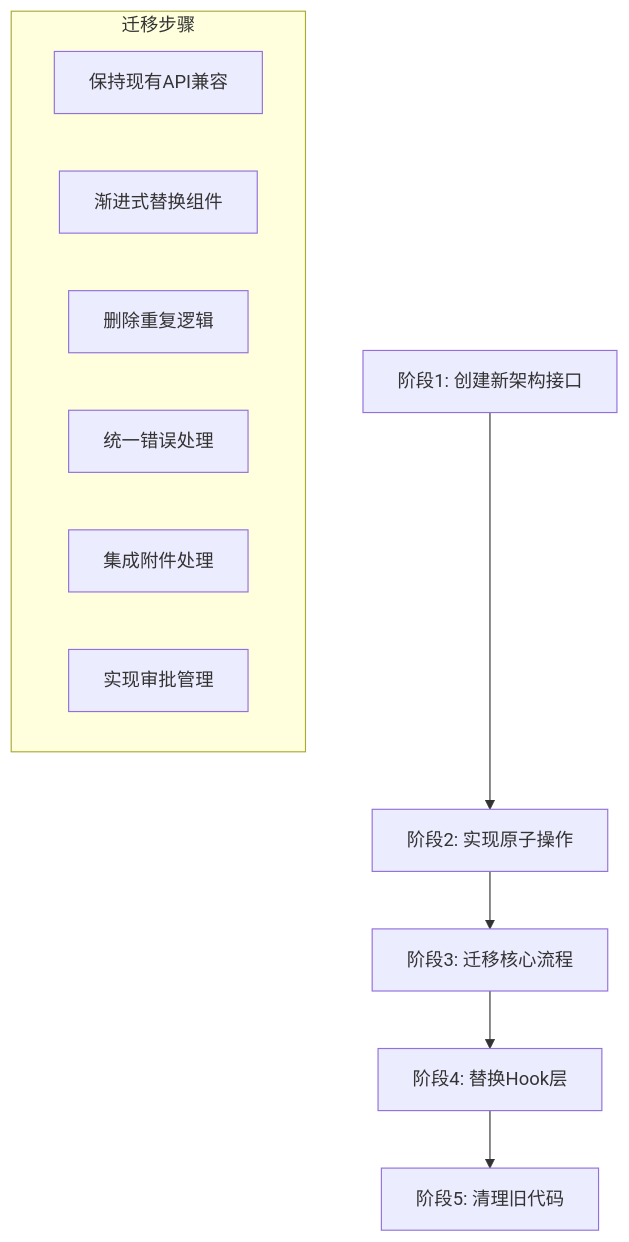
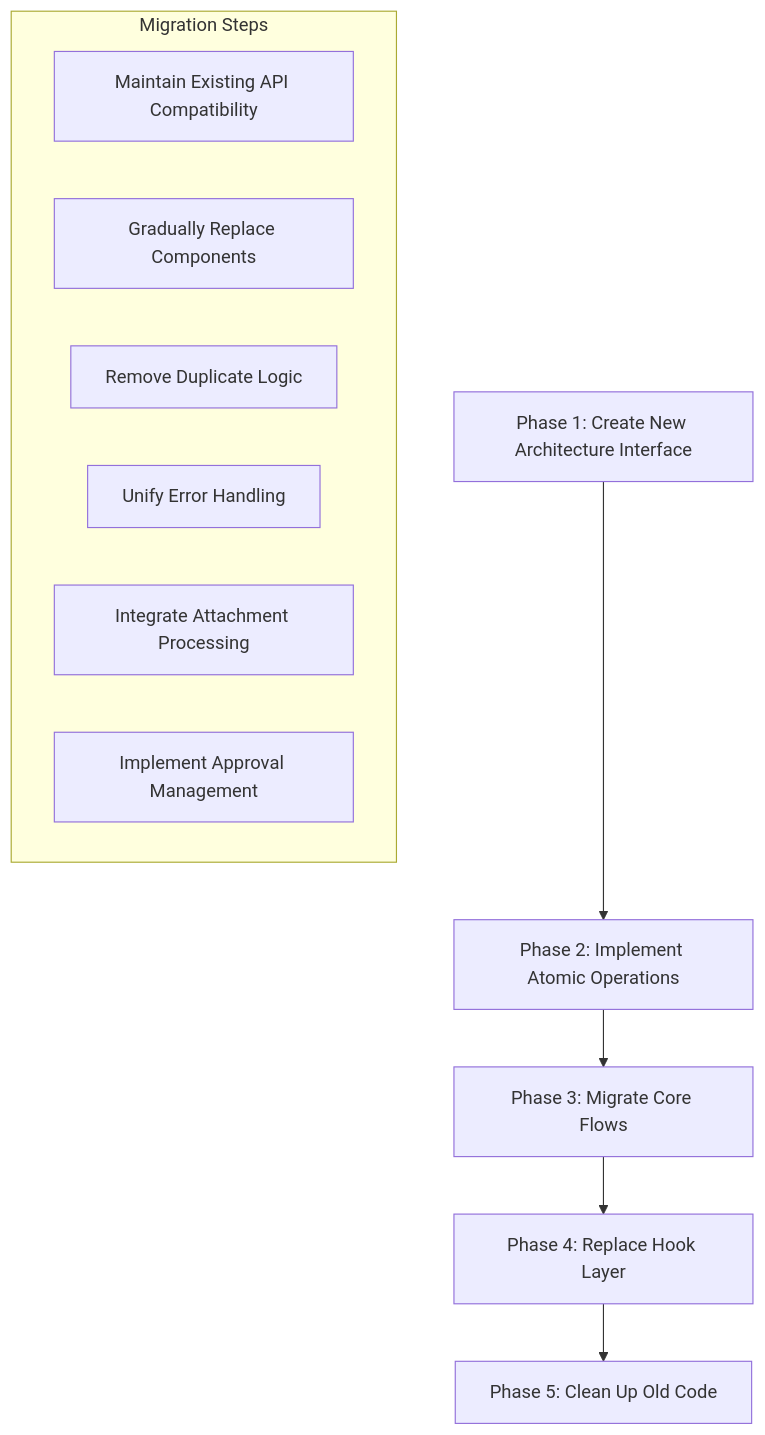
Before and after one commit to bigduu/copilot_client_app: the seventh of 7 diagrams in docs/architecture/_archive/UNIFIED_CHAT_FLOW_ARCHITECTURE.md, drawn with Mermaid. The commit also changed other lines of this file and 49 other files, not shown here.

````diff
--- a/docs/architecture/_archive/UNIFIED_CHAT_FLOW_ARCHITECTURE.md
+++ b/docs/architecture/_archive/UNIFIED_CHAT_FLOW_ARCHITECTURE.md
@@ -514,16 +514,16 @@
 ```mermaid
 graph TD
-    A[阶段1: 创建新架构接口] --> B[阶段2: 实现原子操作]
-    B --> C[阶段3: 迁移核心流程]
-    C --> D[阶段4: 替换Hook层]
-    D --> E[阶段5: 清理旧代码]
-    
-    subgraph "迁移步骤"
-        F[保持现有API兼容]
-        G[渐进式替换组件]
-        H[删除重复逻辑]
-        I[统一错误处理]
-        J[集成附件处理]
-        K[实现审批管理]
+    A[Phase 1: Create New Architecture Interface] --> B[Phase 2: Implement Atomic Operations]
+    B --> C[Phase 3: Migrate Core Flows]
+    C --> D[Phase 4: Replace Hook Layer]
+    D --> E[Phase 5: Clean Up Old Code]
+
+    subgraph "Migration Steps"
+        F[Maintain Existing API Compatibility]
+        G[Gradually Replace Components]
+        H[Remove Duplicate Logic]
+        I[Unify Error Handling]
+        J[Integrate Attachment Processing]
+        K[Implement Approval Management]
     end
 ```
````
